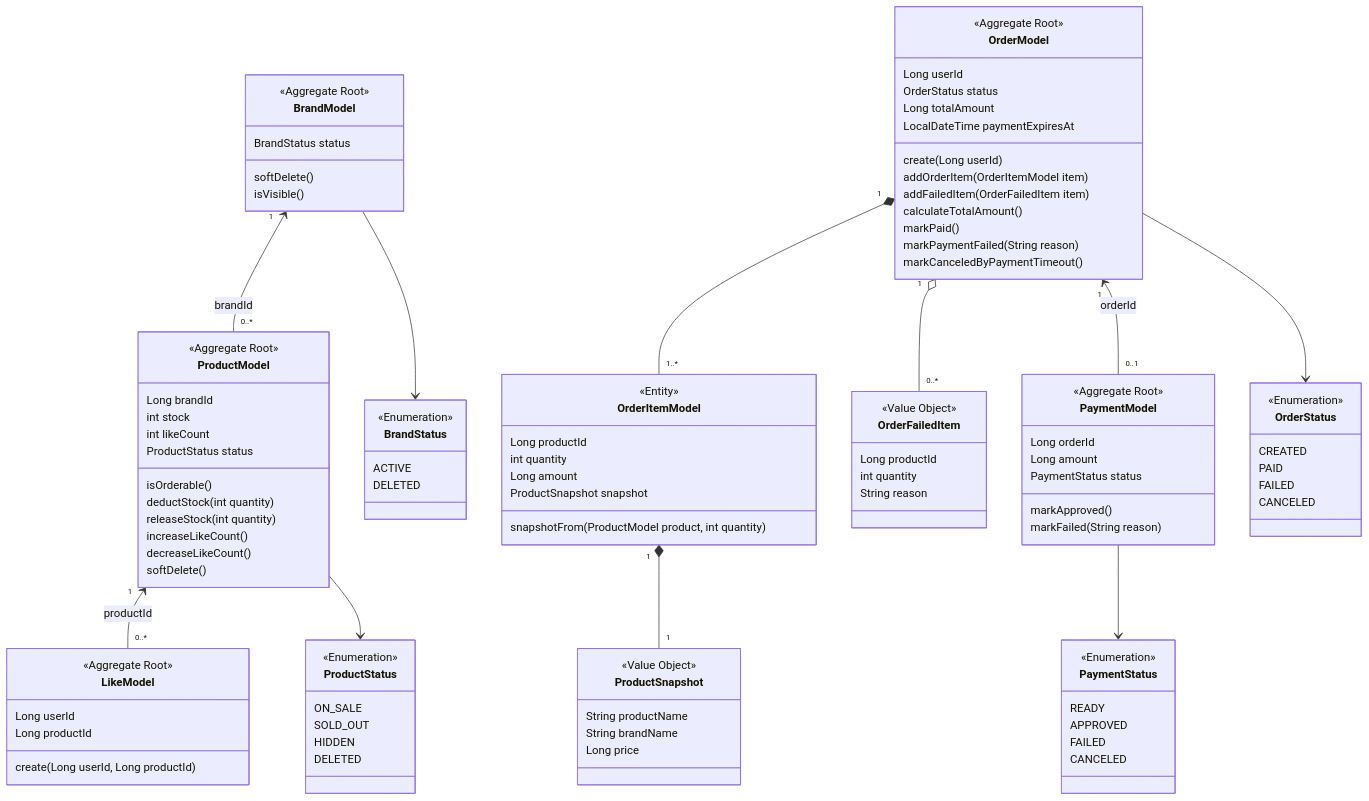
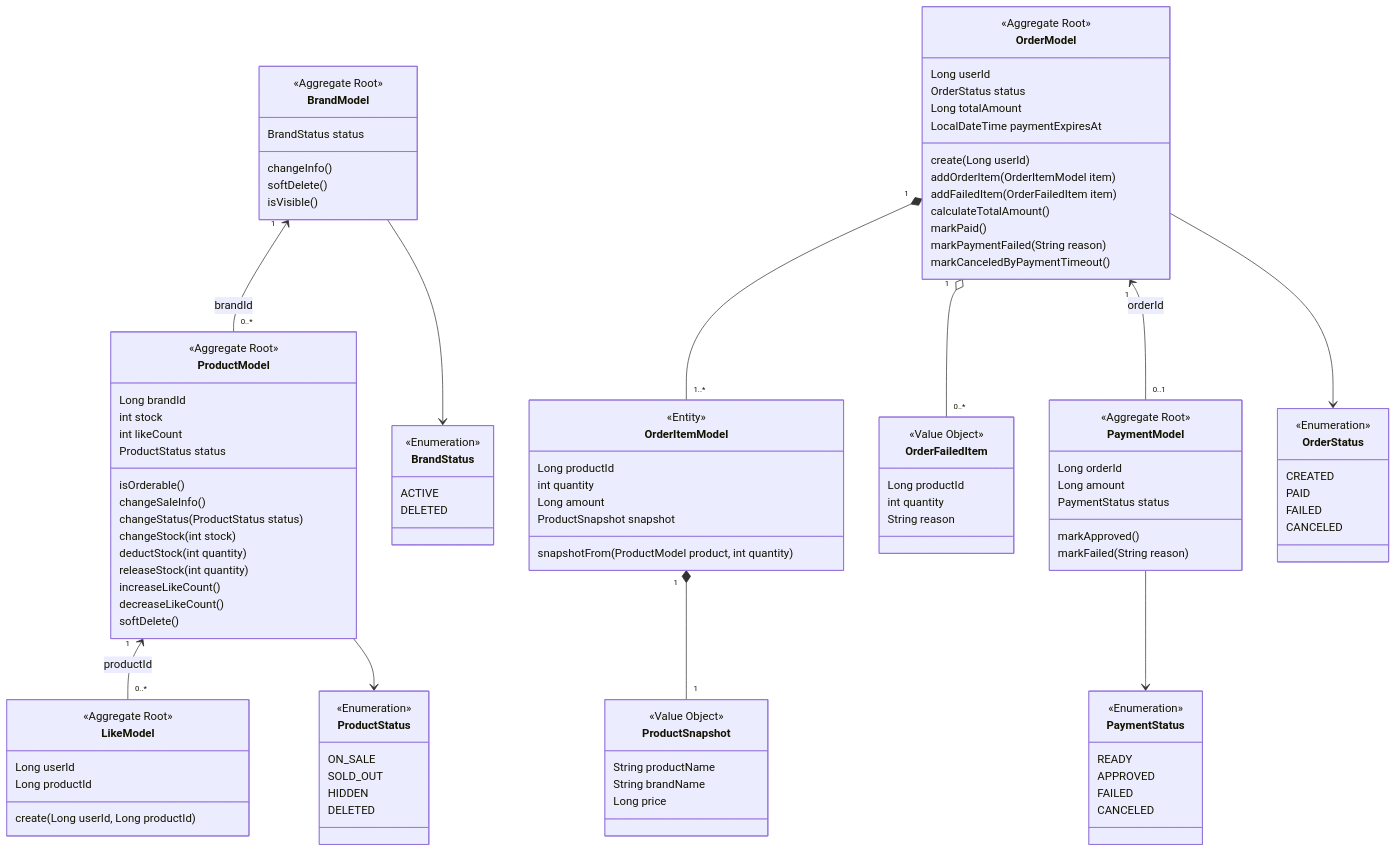
Before and after one commit to loopers-labs/loop-pack-be-l2-vol4-java: the first of 2 diagrams in docs/week2/03-class-diagram.md, drawn with Mermaid. The commit also changed other lines of this file and 3 other files, not shown here.

```diff
--- a/docs/week2/03-class-diagram.md
+++ b/docs/week2/03-class-diagram.md
@@ -24,6 +24,7 @@
     class BrandModel {
         <<Aggregate Root>>
         BrandStatus status
+        changeInfo()
         softDelete()
         isVisible()
     }
@@ -35,6 +36,9 @@
         int likeCount
         ProductStatus status
         isOrderable()
+        changeSaleInfo()
+        changeStatus(ProductStatus status)
+        changeStock(int stock)
         deductStock(int quantity)
         releaseStock(int quantity)
         increaseLikeCount()
```
